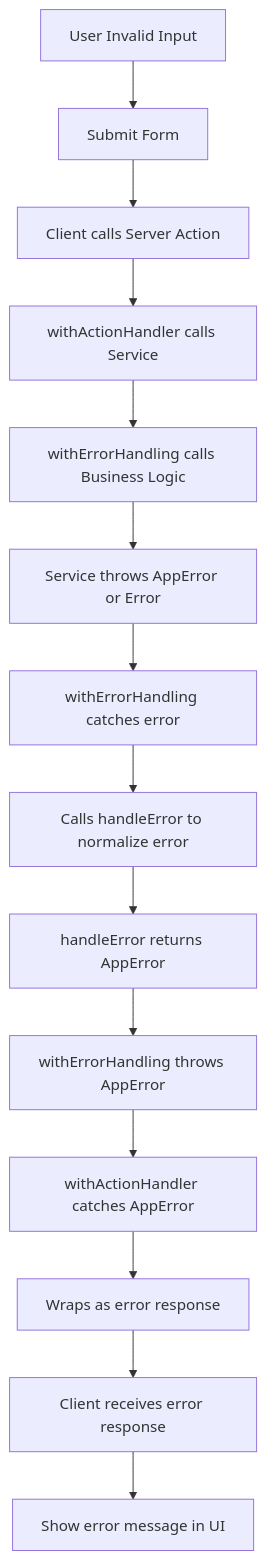
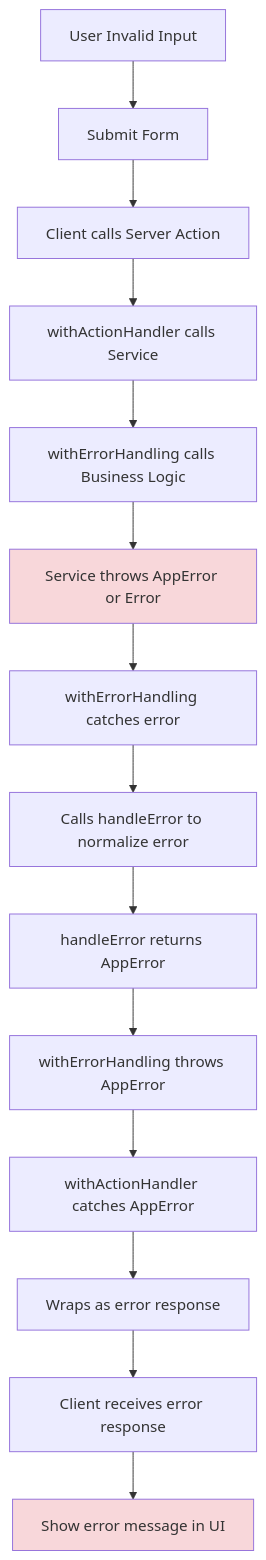
The fourth of 4 diagrams in README.md (morsechimwai/nextjs-error-system-boilerplate), drawn with Mermaid before and after one commit. The commit also changed other lines of this file, not shown here.

Commit message:
docs: Add sequence and process flow diagrams for success and error handling in README

````diff
--- a/README.md
+++ b/README.md
@@ -357,16 +411,19 @@
 ```mermaid
 graph TD
     A[User Invalid Input] --> B[Submit Form]
     B --> C[Client calls Server Action]
     C --> D[withActionHandler calls Service]
     D --> E[withErrorHandling calls Business Logic]
     E --> F[Service throws AppError or Error]
     F --> G[withErrorHandling catches error]
     G --> H[Calls handleError to normalize error]
     H --> I[handleError returns AppError]
     I --> J[withErrorHandling throws AppError]
     J --> K[withActionHandler catches AppError]
     K --> L[Wraps as error response]
     L --> M[Client receives error response]
     M --> N[Show error message in UI]
+
+    style F fill:#f8d7da
+    style N fill:#f8d7da
 ```
````
